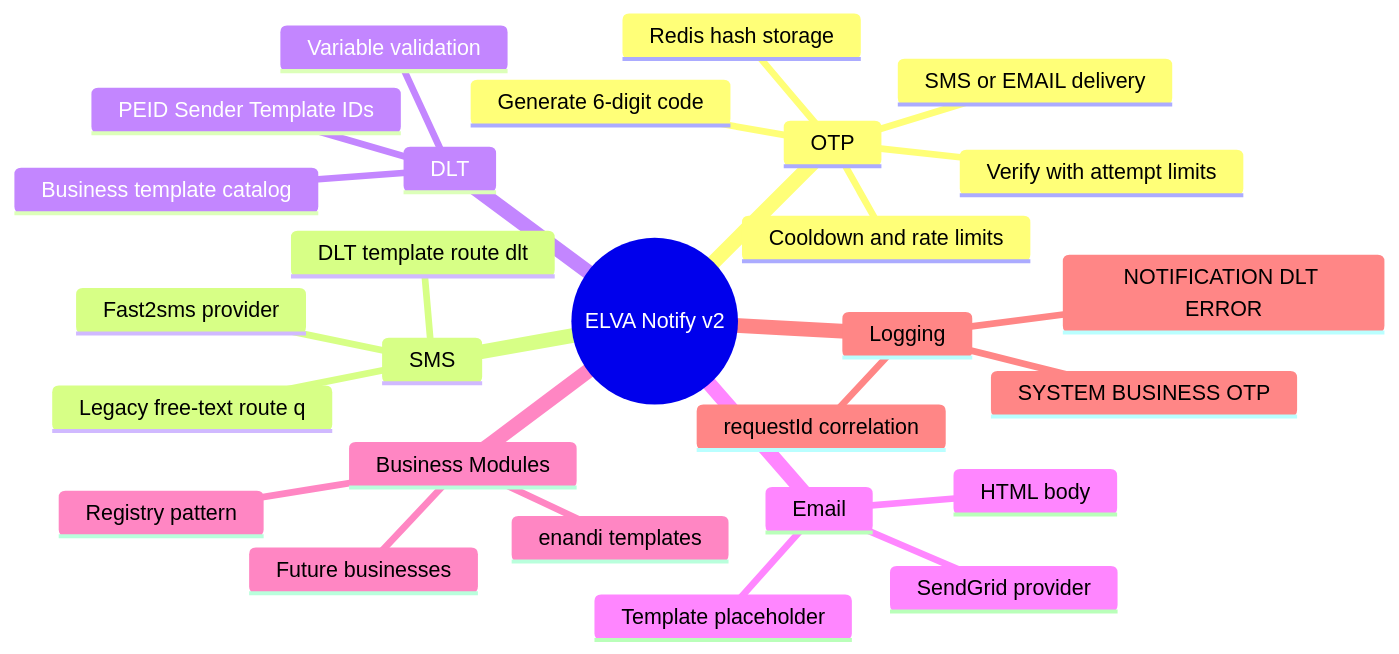
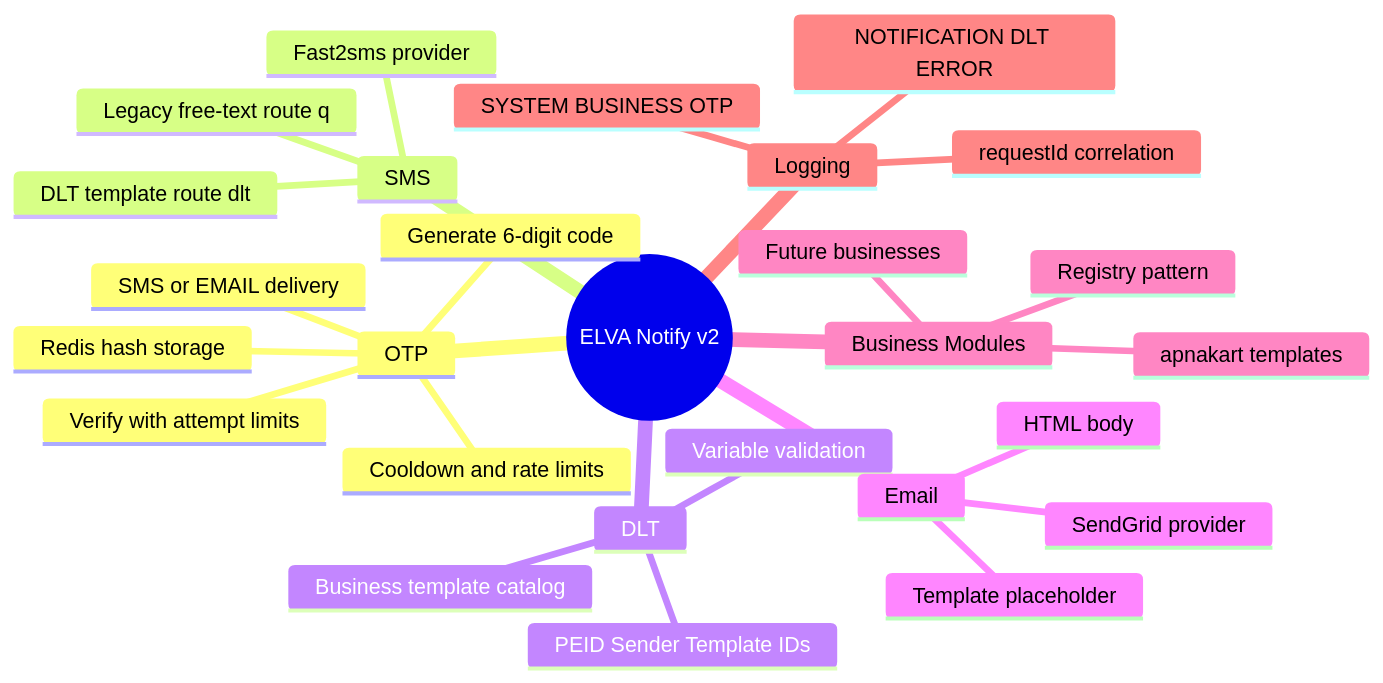
The second of 2 diagrams in docs/README.md (elva-tech/notify-service), drawn with Mermaid before and after one commit. The commit also changed other lines of this file and 93 other files, not shown here.

Commit message:
modified onboarding flow

````diff
--- a/docs/README.md
+++ b/docs/README.md
@@ -72,30 +72,30 @@
 ```mermaid
 mindmap
   root((ELVA Notify v2))
     OTP
       Generate 6-digit code
       Redis hash storage
       SMS or EMAIL delivery
       Verify with attempt limits
       Cooldown and rate limits
     SMS
       Legacy free-text route q
       DLT template route dlt
       Fast2sms provider
     DLT
       Business template catalog
       Variable validation
       PEID Sender Template IDs
     Email
       HTML body
       Template placeholder
       SendGrid provider
     Business Modules
       Registry pattern
-      enandi templates
+      apnakart templates
       Future businesses
     Logging
       SYSTEM BUSINESS OTP
       NOTIFICATION DLT ERROR
       requestId correlation
 ```
````
